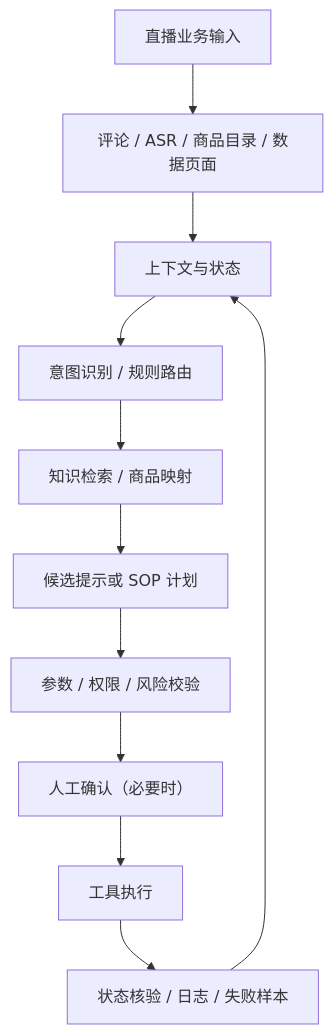
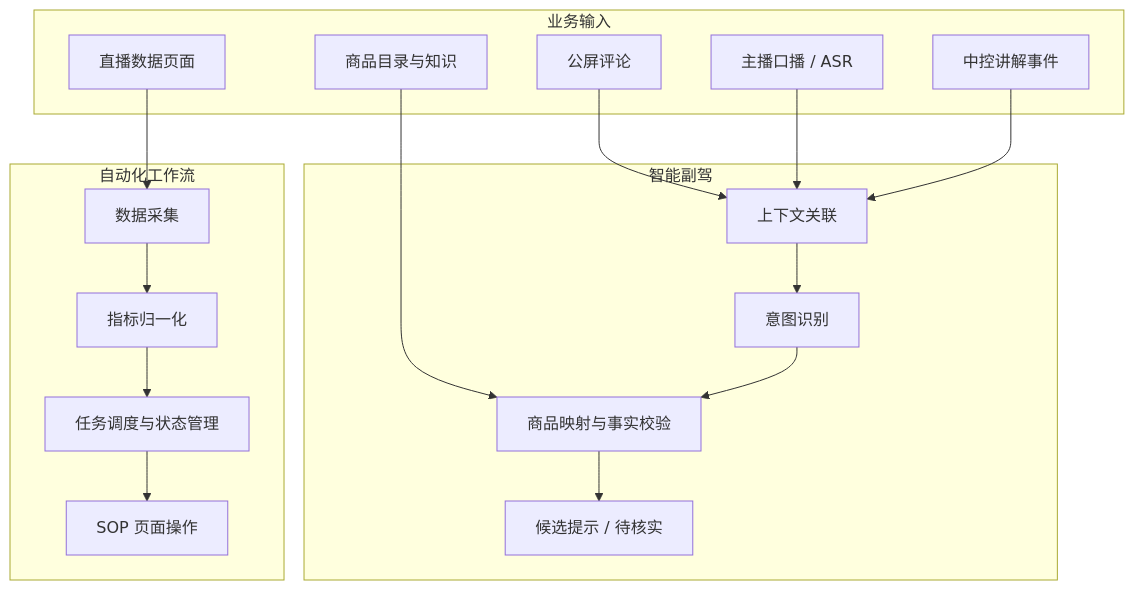
One commit to hjs980824/xiaoman-agent-portfolio changed the diagram in README.md. Above: the diagram before and after it, drawn with Mermaid. The commit also changed other lines of this file, not shown here.

````diff
--- a/README.md
+++ b/README.md
@@ -31,13 +66,32 @@
 ```mermaid
 flowchart TB
-  A[直播业务输入] --> B[评论 / ASR / 商品目录 / 数据页面]
-  B --> C[上下文与状态]
-  C --> D[意图识别 / 规则路由]
-  D --> E[知识检索 / 商品映射]
-  E --> F[候选提示或 SOP 计划]
-  F --> G[参数 / 权限 / 风险校验]
-  G --> H[人工确认（必要时）]
-  H --> I[工具执行]
-  I --> J[状态核验 / 日志 / 失败样本]
-  J --> C
+  subgraph INPUT[业务输入]
+    A[公屏评论]
+    B[主播口播 / ASR]
+    C[中控讲解事件]
+    D[商品目录与知识]
+    E[直播数据页面]
+  end
+
+  subgraph COPILOT[智能副驾]
+    F[上下文关联]
+    G[意图识别]
+    H[商品映射与事实校验]
+    I[候选提示 / 待核实]
+  end
+
+  subgraph AUTOMATION[自动化工作流]
+    J[数据采集]
+    K[指标归一化]
+    L[任务调度与状态管理]
+    M[SOP 页面操作]
+  end
+
+  A --> F
+  B --> F
+  C --> F
+  D --> H
+  F --> G --> H --> I
+  E --> J --> K --> L
+  L --> M
 ```
````
